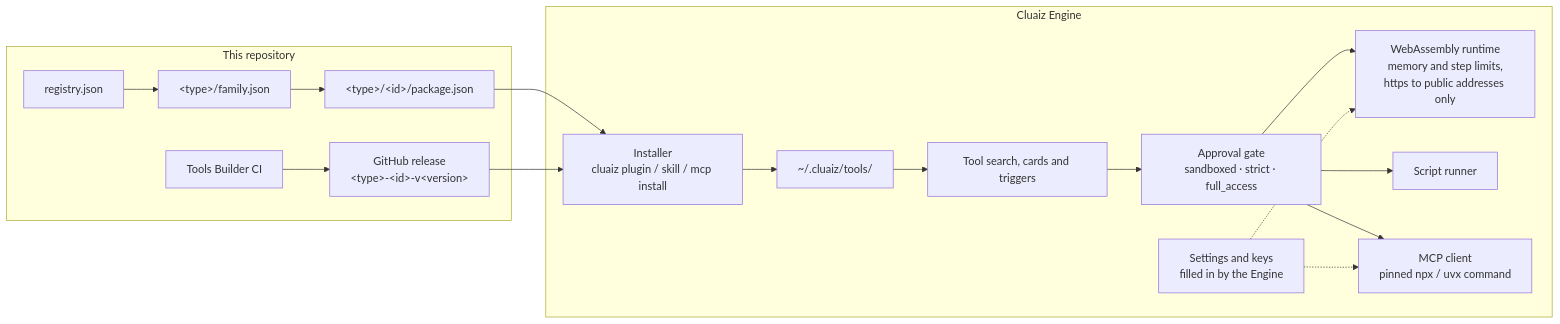
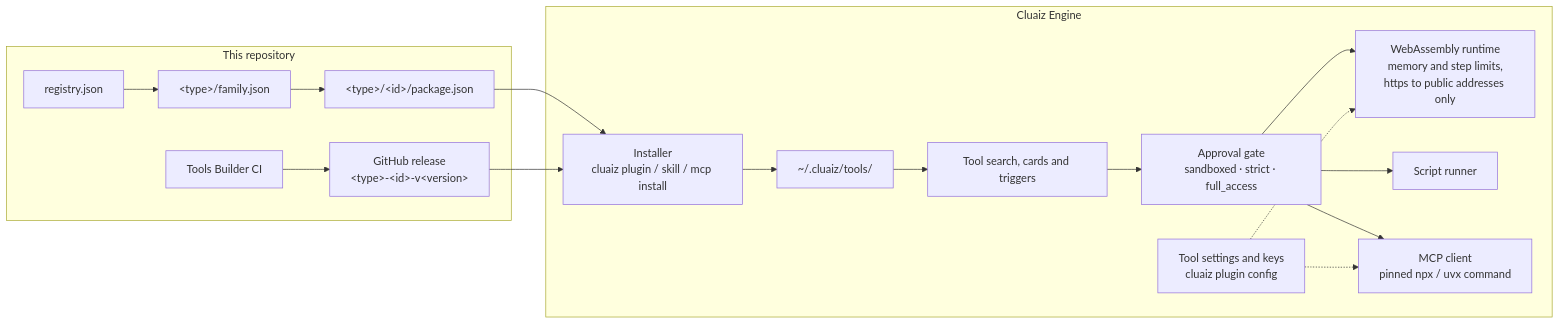
Before and after one commit to cluaiz/cluaiz-tools: the second of 2 diagrams in README.md, drawn with Mermaid. The commit also changed other lines of this file and 2 other files, not shown here.

````diff
--- a/README.md
+++ b/README.md
@@ -161,27 +160,27 @@
 ```mermaid
 flowchart LR
     subgraph REG["This repository"]
         R["registry.json"] --> F["&lt;type&gt;/family.json"] --> P["&lt;type&gt;/&lt;id&gt;/package.json"]
         CI["Tools Builder CI"] --> GH["GitHub release<br/>&lt;type&gt;-&lt;id&gt;-v&lt;version&gt;"]
     end
 
     subgraph ENGINE["Cluaiz Engine"]
         I["Installer<br/>cluaiz plugin / skill / mcp install"]
         H["~/.cluaiz/tools/"]
         S["Tool search, cards and triggers"]
         G["Approval gate<br/>sandboxed · strict · full_access"]
         W["WebAssembly runtime<br/>memory and step limits,<br/>https to public addresses only"]
         X["Script runner"]
         C["MCP client<br/>pinned npx / uvx command"]
-        K["Settings and keys<br/>filled in by the Engine"]
+        K["Tool settings and keys<br/>cluaiz plugin config"]
     end
 
     P --> I
     GH --> I
     I --> H --> S --> G
     G --> W
     G --> X
     G --> C
     K -.-> W
     K -.-> C
 ```
````
